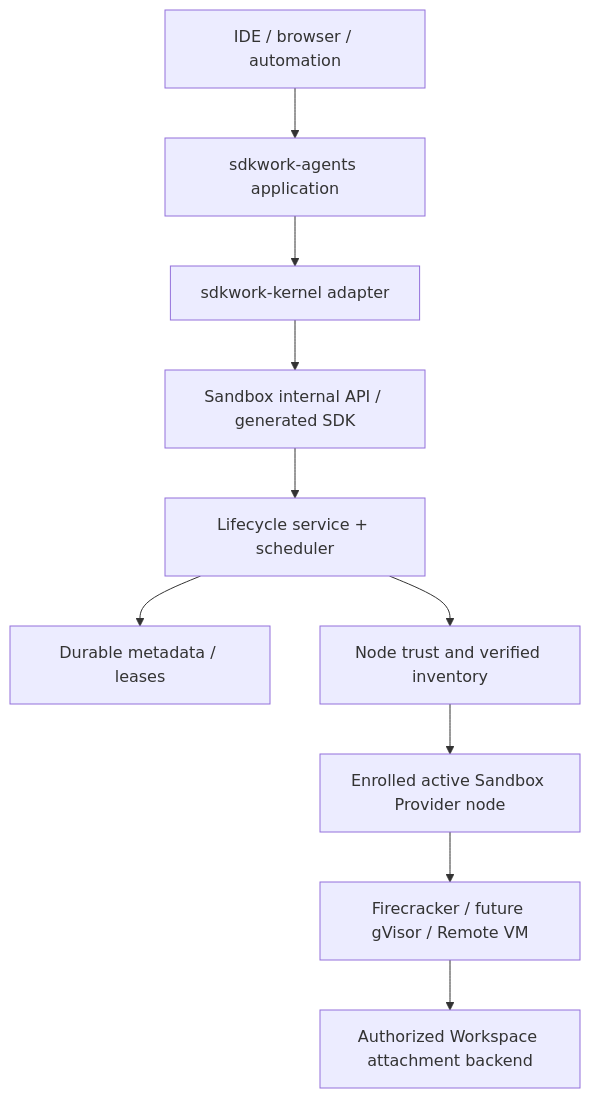
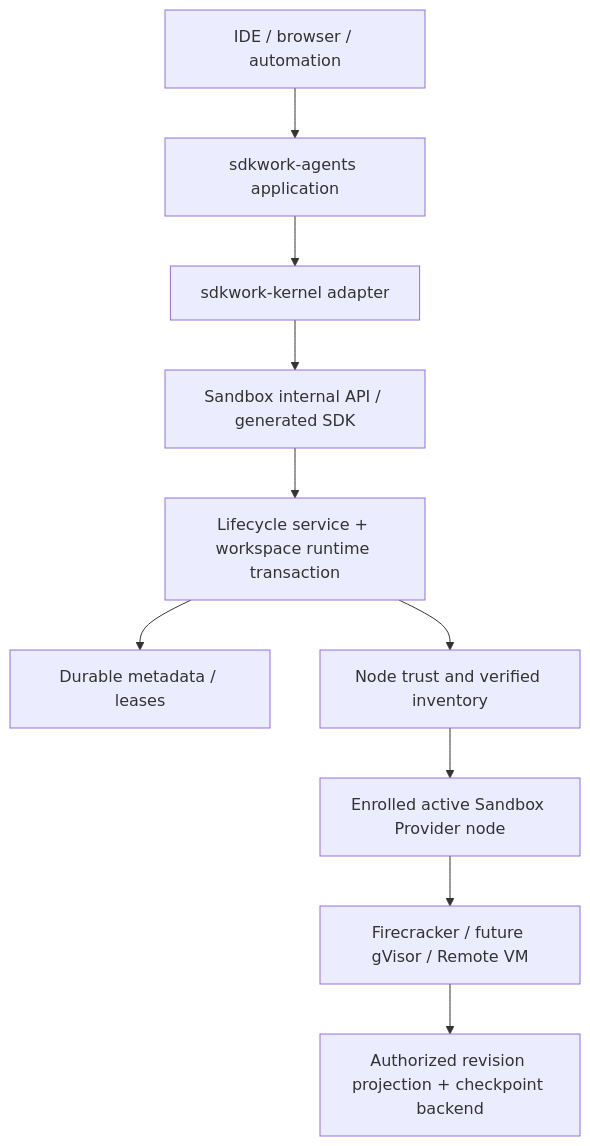
The second of 3 diagrams in docs/architecture/tech/TECH-runtime-topology.md (Sdkwork-Cloud/sdkwork-sandbox), drawn with Mermaid before and after one commit. The commit also changed other lines of this file and 91 other files, not shown here.

````diff
--- a/docs/architecture/tech/TECH-runtime-topology.md
+++ b/docs/architecture/tech/TECH-runtime-topology.md
@@ -29,12 +32,12 @@
 ```mermaid
 flowchart TB
     CLIENT["IDE / browser / automation"] --> AGENTS["sdkwork-agents application"]
     AGENTS --> KERNEL["sdkwork-kernel adapter"]
     KERNEL --> API["Sandbox internal API / generated SDK"]
-    API --> CONTROL["Lifecycle service + scheduler"]
+    API --> CONTROL["Lifecycle service + workspace runtime transaction"]
     CONTROL --> META["Durable metadata / leases"]
     CONTROL --> TRUST["Node trust and verified inventory"]
     TRUST --> NODE["Enrolled active Sandbox Provider node"]
     NODE --> PROVIDER["Firecracker / future gVisor / Remote VM"]
-    PROVIDER --> WORKSPACE["Authorized Workspace attachment backend"]
+    PROVIDER --> WORKSPACE["Authorized revision projection + checkpoint backend"]
 ```
````
